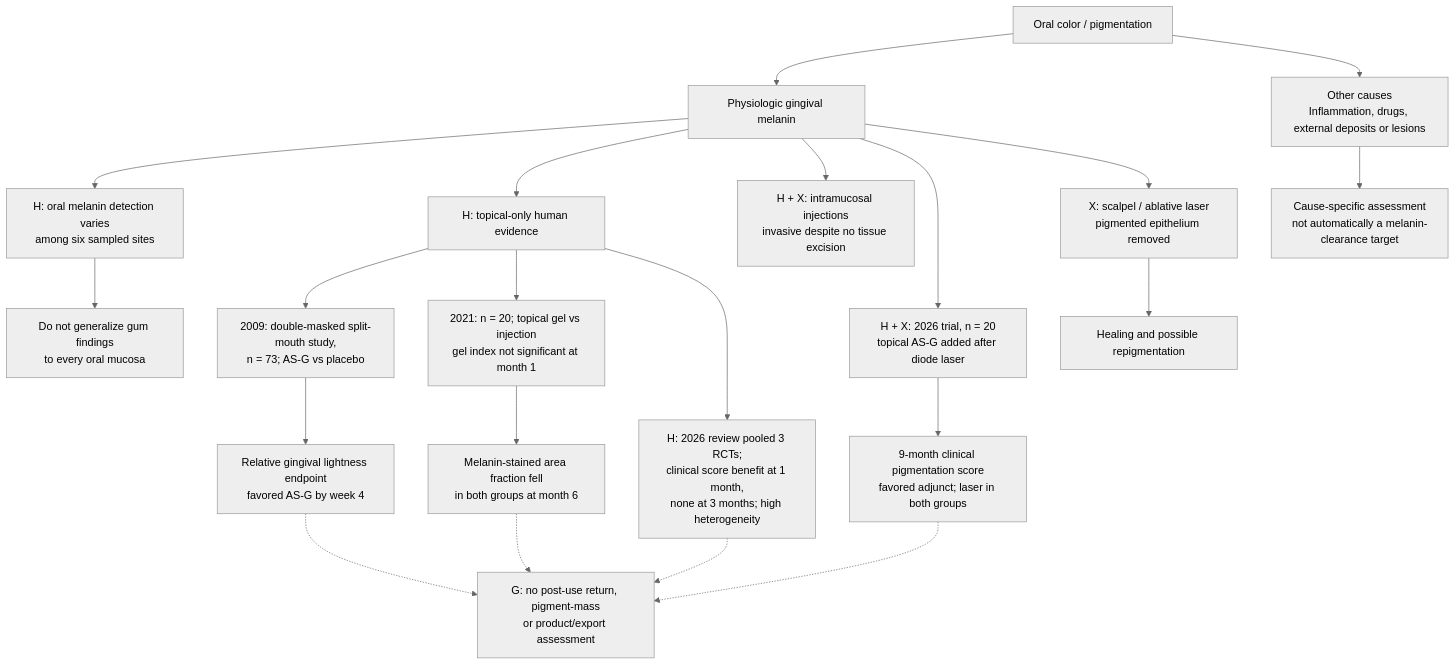
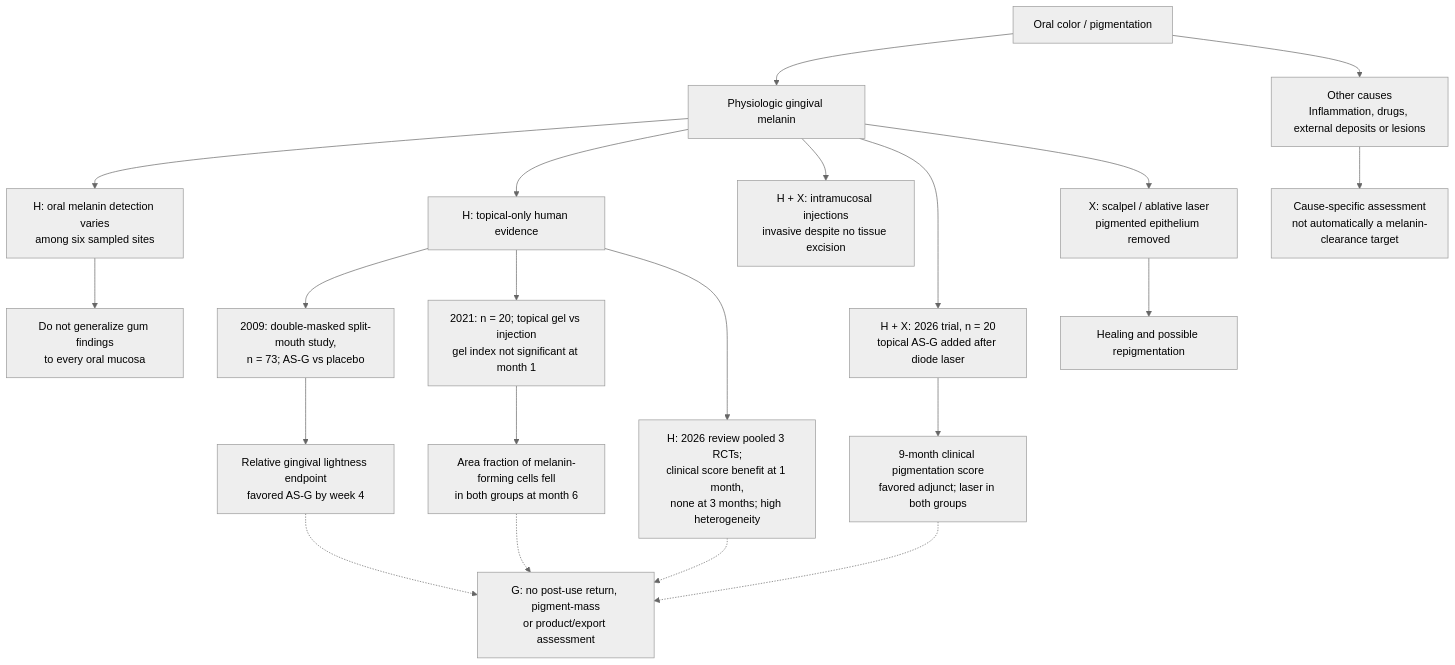
Before and after one commit to dylanstechmann/iris-color-without-contacts: diagram 11 of 37 in research/tissue-pigment-atlas.md, drawn with Mermaid (neutral theme). The commit also changed other lines of this file, not shown here.

Commit message:
Clarify gingival histology endpoint and add pigment-fate diagram

````diff
--- a/research/tissue-pigment-atlas.md
+++ b/research/tissue-pigment-atlas.md
@@ -303,23 +303,23 @@
 ```mermaid
 flowchart TD
     A["Oral color / pigmentation"] --> B["Physiologic gingival melanin"]
     A --> C["Other causes<br/>Inflammation, drugs, external deposits or lesions"]
     B --> V["H: oral melanin detection varies<br/>among six sampled sites"]
     V --> X["Do not generalize gum findings<br/>to every oral mucosa"]
     B --> TP["H: topical-only human evidence"]
     TP --> T1["2009: double-masked split-mouth study,<br/>n = 73; AS-G vs placebo"]
     T1 --> T2["Relative gingival lightness endpoint<br/>favored AS-G by week 4"]
     TP --> T3["2021: n = 20; topical gel vs injection<br/>gel index not significant at month 1"]
-    T3 --> T4["Melanin-stained area fraction fell<br/>in both groups at month 6"]
+    T3 --> T4["Area fraction of melanin-forming cells fell<br/>in both groups at month 6"]
     TP --> REV["H: 2026 review pooled 3 RCTs;<br/>clinical score benefit at 1 month,<br/>none at 3 months; high heterogeneity"]
     REV -.-> G
     T2 -.-> G["G: no post-use return, pigment-mass<br/>or product/export assessment"]
     T4 -.-> G
     B --> I["H + X: intramucosal injections<br/>invasive despite no tissue excision"]
     B --> L["H + X: 2026 trial, n = 20<br/>topical AS-G added after diode laser"]
     L --> D9["9-month clinical pigmentation score<br/>favored adjunct; laser in both groups"]
     D9 -.-> G
     B --> S["X: scalpel / ablative laser<br/>pigmented epithelium removed"]
     S --> R["Healing and possible repigmentation"]
     C --> O["Cause-specific assessment<br/>not automatically a melanin-clearance target"]
 ```
````
